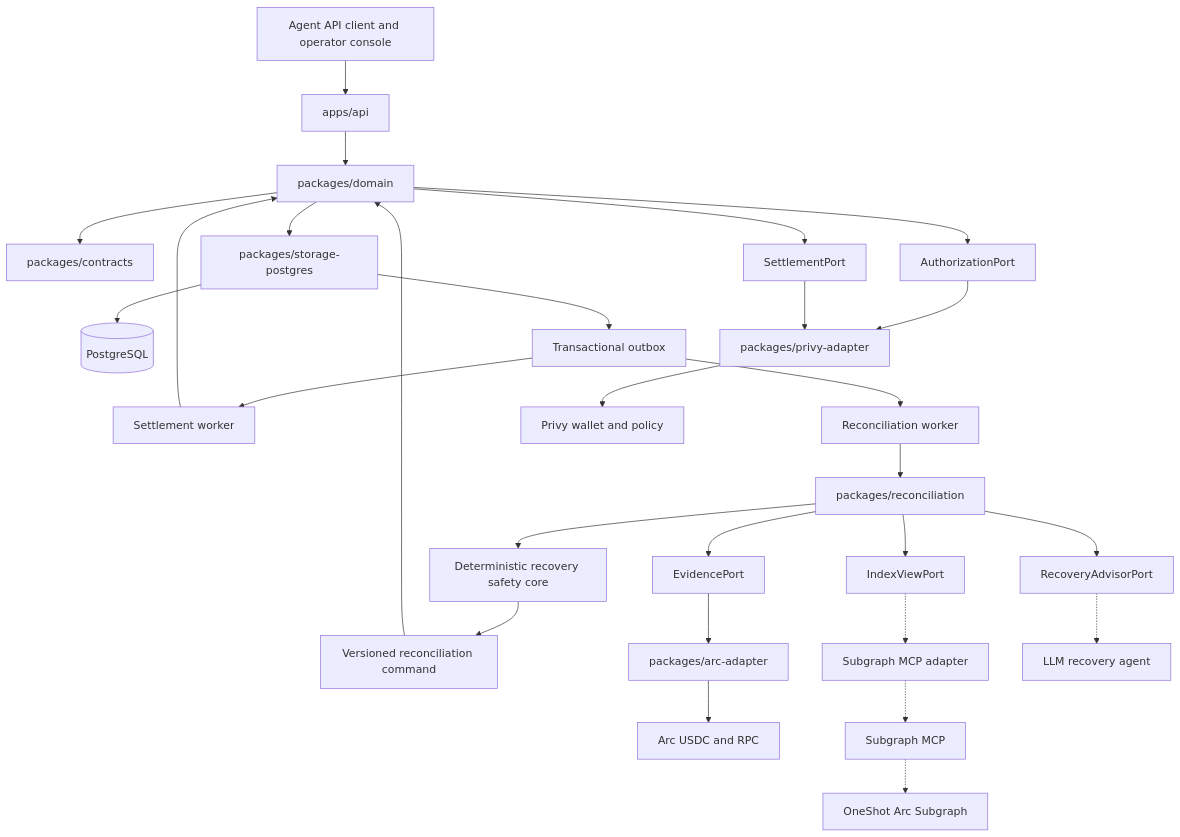
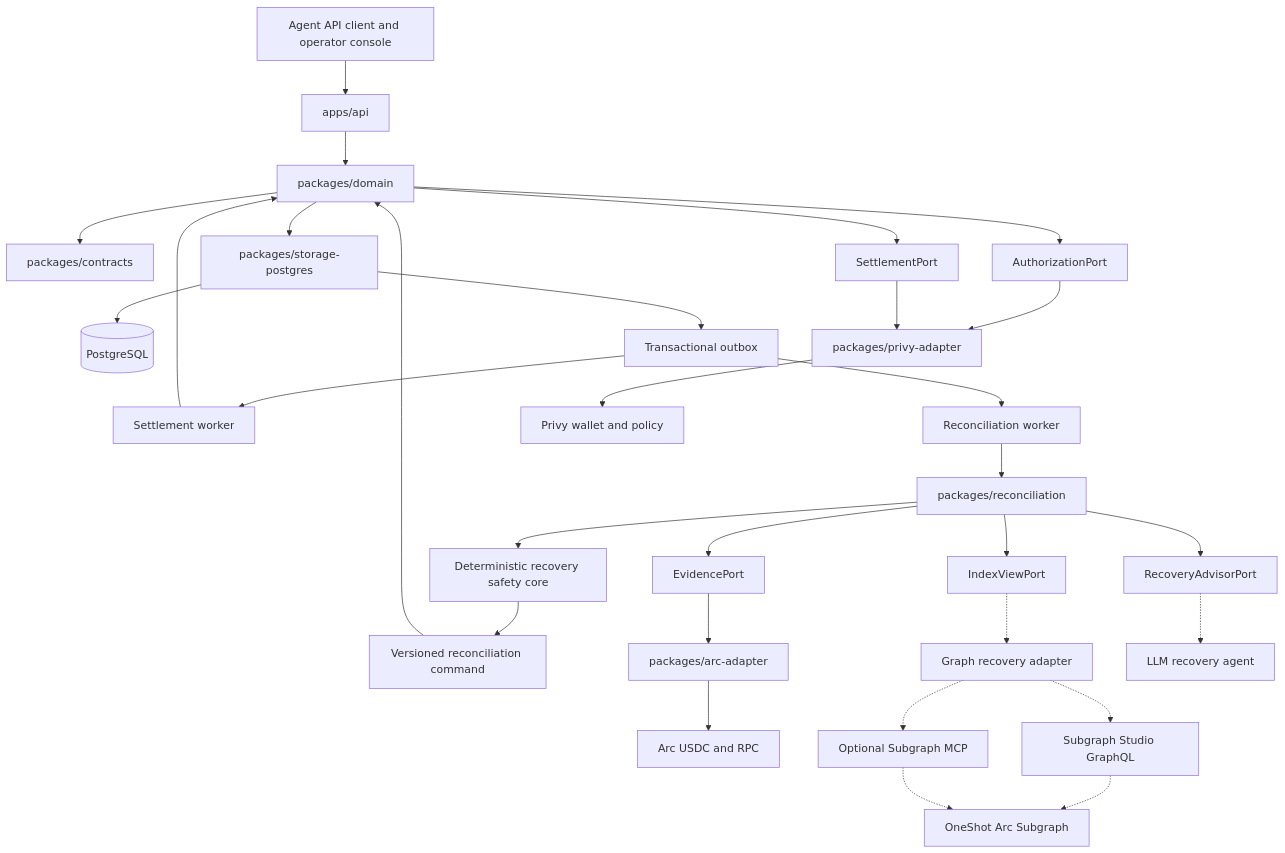
The first of 2 diagrams in README.md (SWOFART/OneShot), drawn with Mermaid before and after one commit. The commit also changed other lines of this file and 59 other files, not shown here.

Commit message:
feat: implement Graph Studio agent recovery

````diff
--- a/README.md
+++ b/README.md
@@ -35,33 +35,35 @@
 ```mermaid
 flowchart TB
     Clients[Agent API client and operator console] --> API[apps/api]
     API --> Domain[packages/domain]
     Domain --> Contracts[packages/contracts]
     Domain --> Storage[packages/storage-postgres]
     Storage --> DB[(PostgreSQL)]
     Storage --> Outbox[Transactional outbox]
     Outbox --> Worker[Settlement worker]
     Outbox --> RecoveryWorker[Reconciliation worker]
     Worker --> Domain
     RecoveryWorker --> Reconciliation[packages/reconciliation]
     Reconciliation --> SafetyCore[Deterministic recovery safety core]
     SafetyCore --> Command[Versioned reconciliation command]
     Command --> Domain
 
     Domain --> AuthPort[AuthorizationPort]
     Domain --> SettlementPort[SettlementPort]
     Reconciliation --> EvidencePort[EvidencePort]
     Reconciliation --> IndexPort[IndexViewPort]
     Reconciliation --> AdvisorPort[RecoveryAdvisorPort]
 
     AuthPort --> PrivyAdapter[packages/privy-adapter]
     SettlementPort --> PrivyAdapter
     EvidencePort --> ArcAdapter[packages/arc-adapter]
-    IndexPort -.-> MCPAdapter[Subgraph MCP adapter]
+    IndexPort -.-> GraphAdapter[Graph recovery adapter]
     AdvisorPort -.-> RecoveryAgent[LLM recovery agent]
 
     PrivyAdapter --> Privy[Privy wallet and policy]
     ArcAdapter --> Arc[Arc USDC and RPC]
-    MCPAdapter -.-> MCP[Subgraph MCP]
-    MCP -.-> GraphIndex[OneShot Arc Subgraph]
+    GraphAdapter -.-> Studio[Subgraph Studio GraphQL]
+    GraphAdapter -.-> MCP[Optional Subgraph MCP]
+    Studio -.-> GraphIndex[OneShot Arc Subgraph]
+    MCP -.-> GraphIndex
 ```
````
